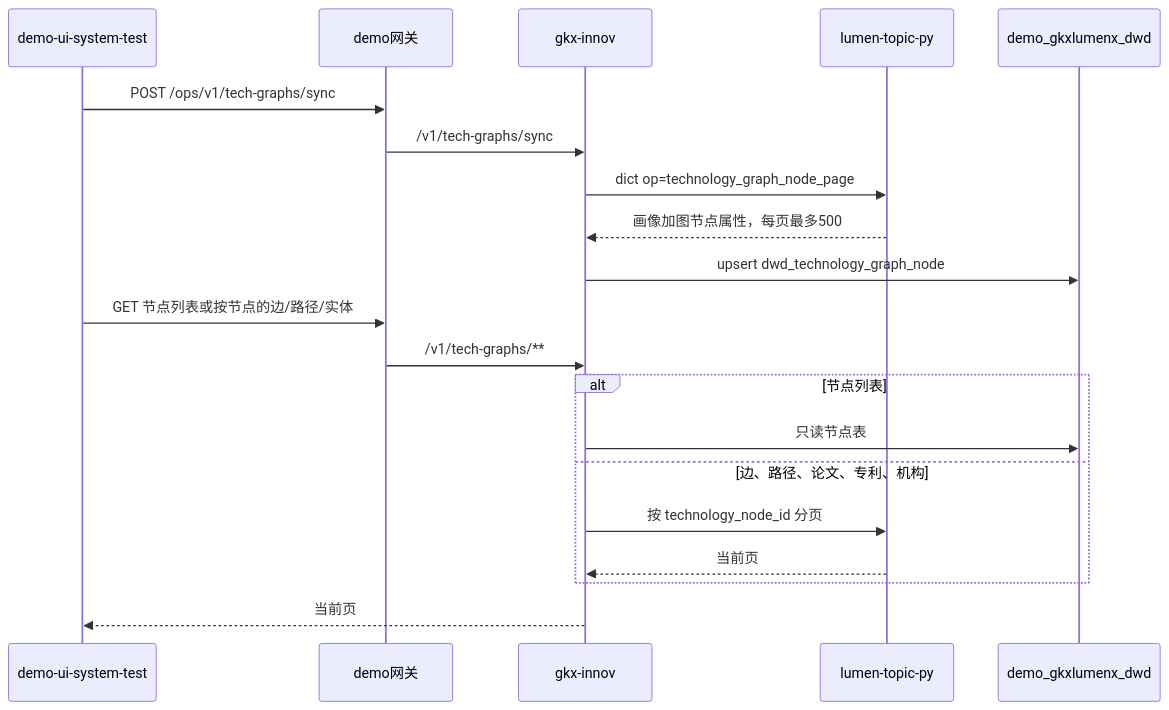
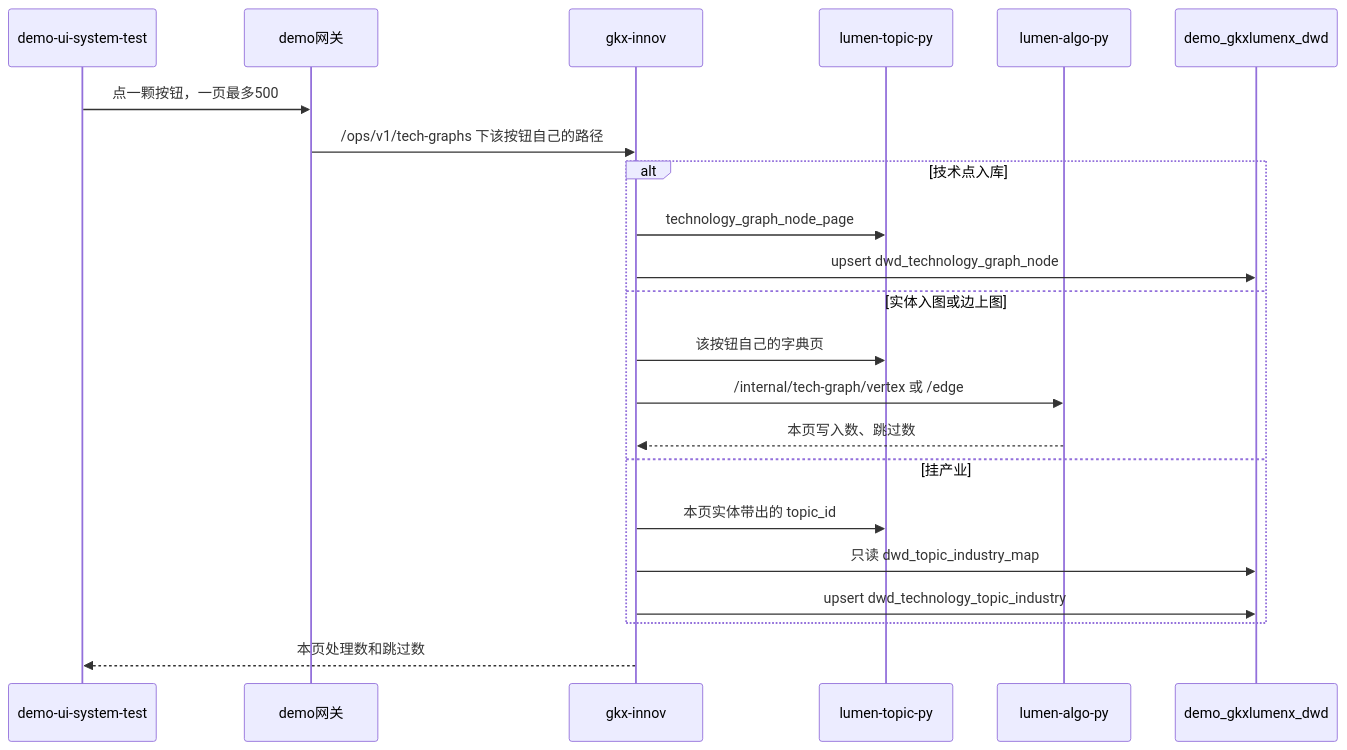
The diagram in agent-delivery/工程过程/04-系统集成/02-对接三要素/方案-SYSINT-TECHGRAPH-02-L01.md (Marisolebxf/-), drawn with Mermaid before and after one commit. The commit also changed other lines of this file and 10 other files, not shown here.

First line of the commit message:
docs(SYSINT-TECHGRAPH): 签收技术点图谱方案并建三叶 [agent:coordinator-agent]

````diff
--- a/agent-delivery/工程过程/04-系统集成/02-对接三要素/方案-SYSINT-TECHGRAPH-02-L01.md
+++ b/agent-delivery/工程过程/04-系统集成/02-对接三要素/方案-SYSINT-TECHGRAPH-02-L01.md
@@ -47,24 +120,25 @@
 ```mermaid
 sequenceDiagram
   participant UI as demo-ui-system-test
   participant GW as demo网关
   participant Java as gkx-innov
   participant Py as lumen-topic-py
+  participant Algo as lumen-algo-py
   participant DB as demo_gkxlumenx_dwd
 
-  UI->>GW: POST /ops/v1/tech-graphs/sync
-  GW->>Java: /v1/tech-graphs/sync
-  Java->>Py: dict op=technology_graph_node_page
-  Py-->>Java: 画像加图节点属性，每页最多500
-  Java->>DB: upsert dwd_technology_graph_node
-
-  UI->>GW: GET 节点列表或按节点的边/路径/实体
-  GW->>Java: /v1/tech-graphs/**
-  alt 节点列表
-    Java->>DB: 只读节点表
-  else 边、路径、论文、专利、机构
-    Java->>Py: 按 technology_node_id 分页
-    Py-->>Java: 当前页
+  UI->>GW: 点一颗按钮，一页最多500
+  GW->>Java: /ops/v1/tech-graphs 下该按钮自己的路径
+  alt 技术点入库
+    Java->>Py: technology_graph_node_page
+    Java->>DB: upsert dwd_technology_graph_node
+  else 实体入图或边上图
+    Java->>Py: 该按钮自己的字典页
+    Java->>Algo: /internal/tech-graph/vertex 或 /edge
+    Algo-->>Java: 本页写入数、跳过数
+  else 挂产业
+    Java->>Py: 本页实体带出的 topic_id
+    Java->>DB: 只读 dwd_topic_industry_map
+    Java->>DB: upsert dwd_technology_topic_industry
   end
-  Java-->>UI: 当前页
+  Java-->>UI: 本页处理数和跳过数
 ```
````
